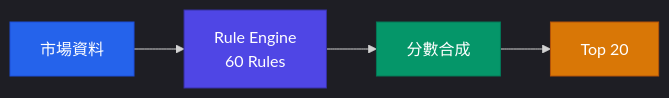
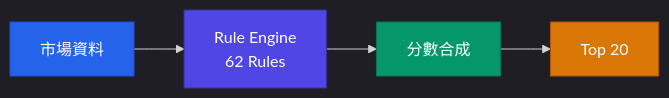
The first of 3 diagrams in docs/RULE_ENGINE.md (Neal75418/afterclose), drawn with Mermaid before and after one commit. The commit also changed other lines of this file and 3 other files, not shown here.

````diff
--- a/docs/RULE_ENGINE.md
+++ b/docs/RULE_ENGINE.md
@@ -11,12 +11,12 @@
 ```mermaid
 %%{init: {'theme': 'dark'}}%%
 flowchart LR
-    Data["市場資料"] --> Engine["Rule Engine\n60 Rules"]
+    Data["市場資料"] --> Engine["Rule Engine\n62 Rules"]
     Engine --> Score["分數合成"]
     Score --> Top["Top 20"]
 
     style Data fill:#2563EB,color:#fff,stroke:#1D4ED8
     style Engine fill:#4F46E5,stroke:#3730A3,color:#fff
     style Score fill:#059669,color:#fff,stroke:#047857
     style Top fill:#D97706,color:#fff,stroke:#B45309
 ```
````
